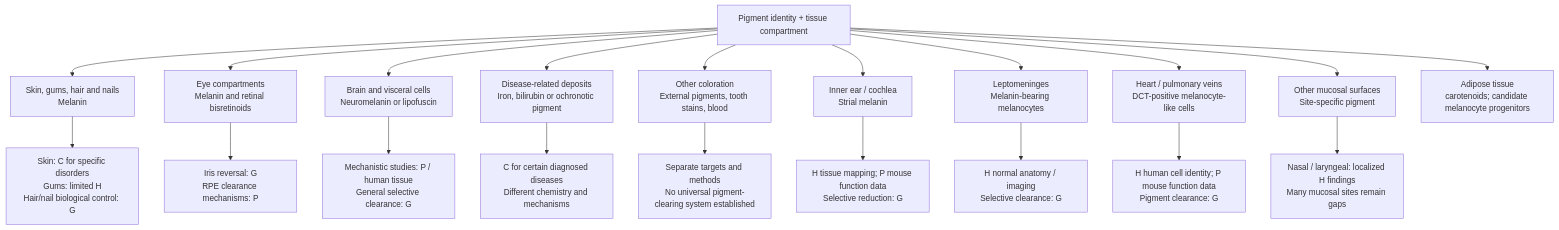
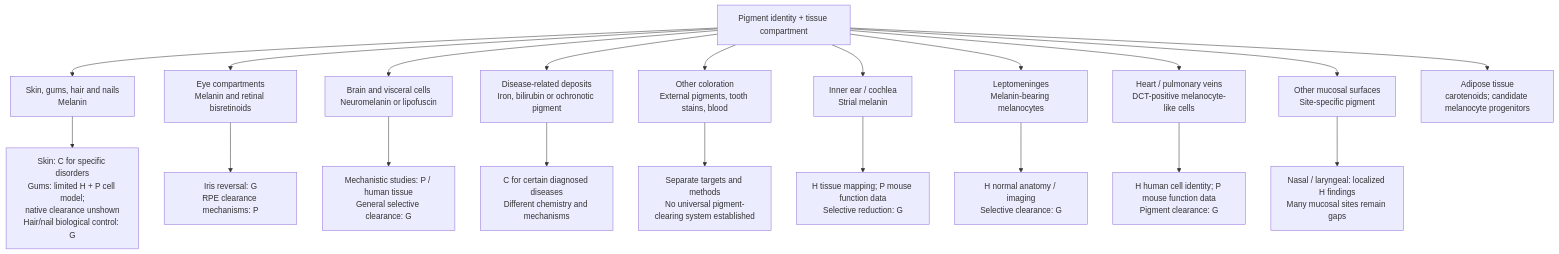
The first of 53 diagrams in research/tissue-pigment-atlas.md (dylanstechmann/iris-color-without-contacts), drawn with Mermaid before and after one commit. The commit also changed other lines of this file, not shown here.

Commit message:
Surface oral cell model in tissue comparison

````diff
--- a/research/tissue-pigment-atlas.md
+++ b/research/tissue-pigment-atlas.md
@@ -23,23 +23,23 @@
 ```mermaid
 flowchart TD
     A["Pigment identity + tissue compartment"]
     A --> B["Skin, gums, hair and nails<br/>Melanin"]
     A --> C["Eye compartments<br/>Melanin and retinal bisretinoids"]
     A --> D["Brain and visceral cells<br/>Neuromelanin or lipofuscin"]
     A --> E["Disease-related deposits<br/>Iron, bilirubin or ochronotic pigment"]
     A --> F["Other coloration<br/>External pigments, tooth stains, blood"]
     A --> G["Inner ear / cochlea<br/>Strial melanin"]
     A --> H["Leptomeninges<br/>Melanin-bearing melanocytes"]
     A --> I["Heart / pulmonary veins<br/>DCT-positive melanocyte-like cells"]
     A --> J["Other mucosal surfaces<br/>Site-specific pigment"]
     A --> K["Adipose tissue<br/>carotenoids; candidate melanocyte progenitors"]
-    B --> B1["Skin: C for specific disorders<br/>Gums: limited H<br/>Hair/nail biological control: G"]
+    B --> B1["Skin: C for specific disorders<br/>Gums: limited H + P cell model;<br/>native clearance unshown<br/>Hair/nail biological control: G"]
     C --> C1["Iris reversal: G<br/>RPE clearance mechanisms: P"]
     D --> D1["Mechanistic studies: P / human tissue<br/>General selective clearance: G"]
     G --> G1["H tissue mapping; P mouse function data<br/>Selective reduction: G"]
     H --> H1["H normal anatomy / imaging<br/>Selective clearance: G"]
     I --> I1["H human cell identity; P mouse function data<br/>Pigment clearance: G"]
     J --> J1["Nasal / laryngeal: localized H findings<br/>Many mucosal sites remain gaps"]
     E --> E1["C for certain diagnosed diseases<br/>Different chemistry and mechanisms"]
     F --> F1["Separate targets and methods<br/>No universal pigment-clearing system established"]
 ```
````
